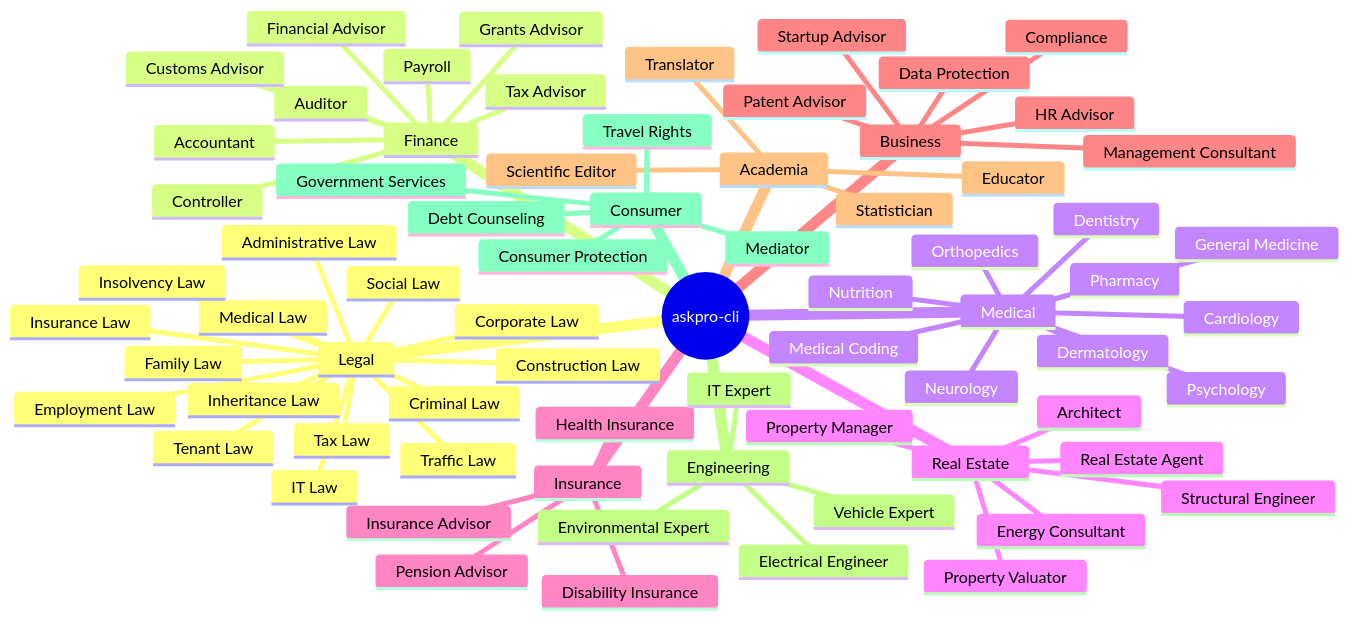
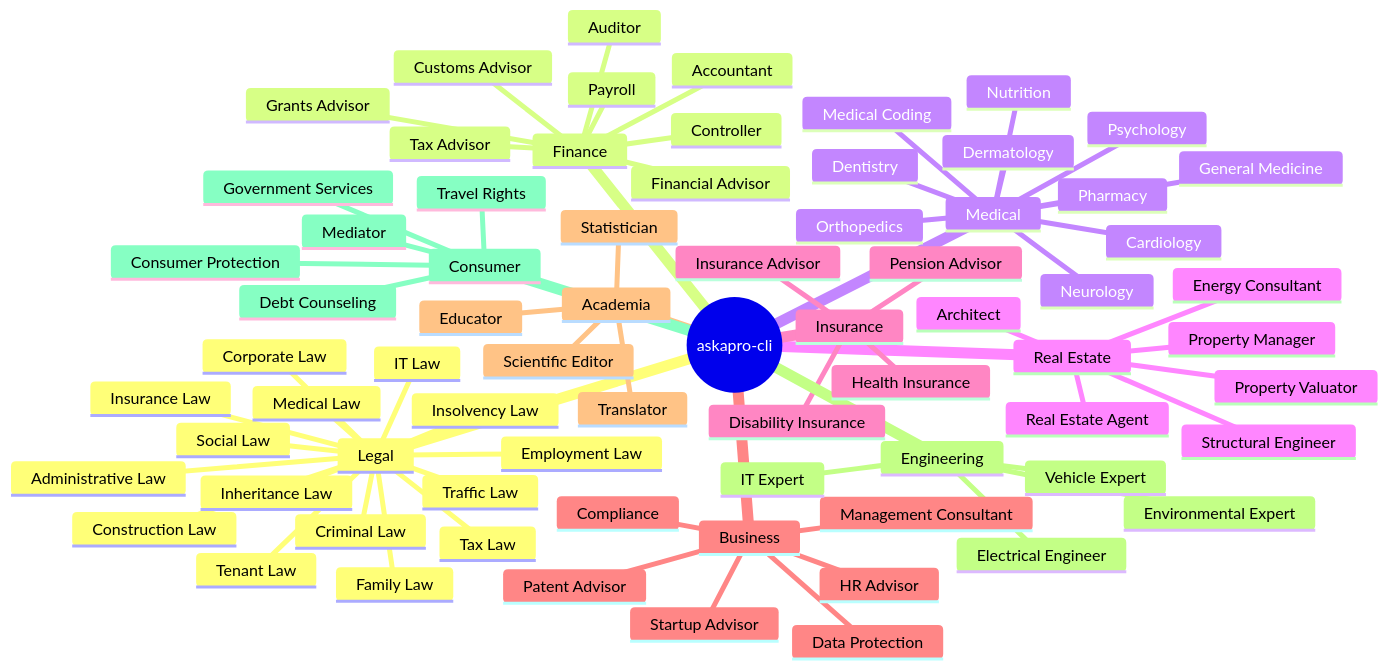
One commit to marcelrgberger/openai-cli changed the fourth of 5 diagrams in docs/USER_GUIDE.md. Above: the diagram before and after it, drawn with Mermaid. The commit also changed other lines of this file and 1 other file, not shown here.

Commit message:
Update docs to askapro-cli with 85+ roles and GPT-5.4 defaults

````diff
--- a/docs/USER_GUIDE.md
+++ b/docs/USER_GUIDE.md
@@ -155,75 +155,75 @@
 ```mermaid
 mindmap
-  root((askpro-cli))
+  root((askapro-cli))
     Legal
       Employment Law
       Family Law
       Tenant Law
       Traffic Law
       Inheritance Law
       Criminal Law
       Medical Law
       Social Law
       Administrative Law
       IT Law
       Corporate Law
       Insolvency Law
       Construction Law
       Insurance Law
       Tax Law
     Finance
       Tax Advisor
       Financial Advisor
       Auditor
       Accountant
       Payroll
       Controller
       Grants Advisor
       Customs Advisor
     Medical
       General Medicine
       Cardiology
       Orthopedics
       Neurology
       Dermatology
       Dentistry
       Psychology
       Pharmacy
       Nutrition
       Medical Coding
     Real Estate
       Architect
       Property Valuator
       Real Estate Agent
       Structural Engineer
       Energy Consultant
       Property Manager
     Insurance
       Insurance Advisor
       Pension Advisor
       Disability Insurance
       Health Insurance
     Business
       Management Consultant
       Startup Advisor
       HR Advisor
       Data Protection
       Compliance
       Patent Advisor
     Academia
       Scientific Editor
       Statistician
       Translator
       Educator
     Engineering
       Vehicle Expert
       Electrical Engineer
       Environmental Expert
       IT Expert
     Consumer
       Consumer Protection
       Debt Counseling
       Travel Rights
       Government Services
       Mediator
 ```
````
